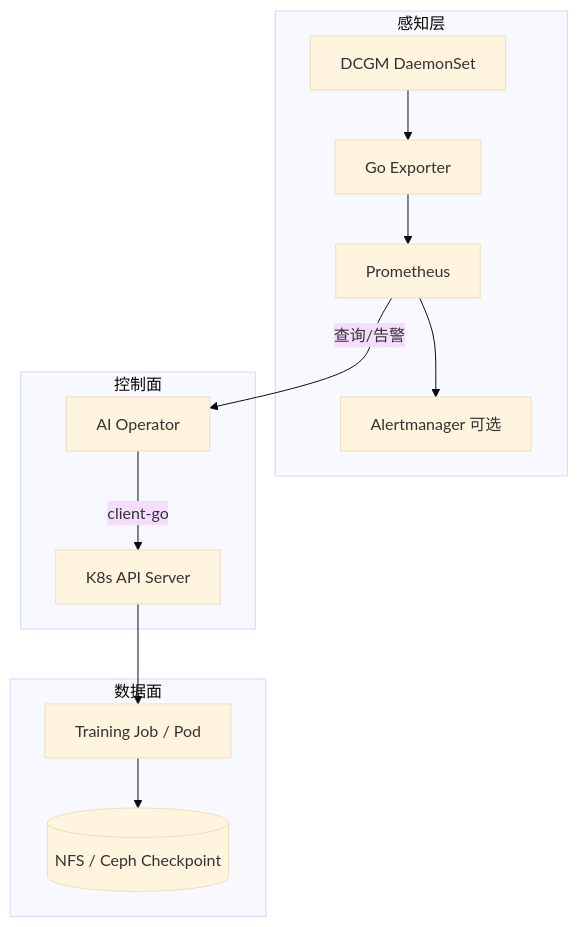
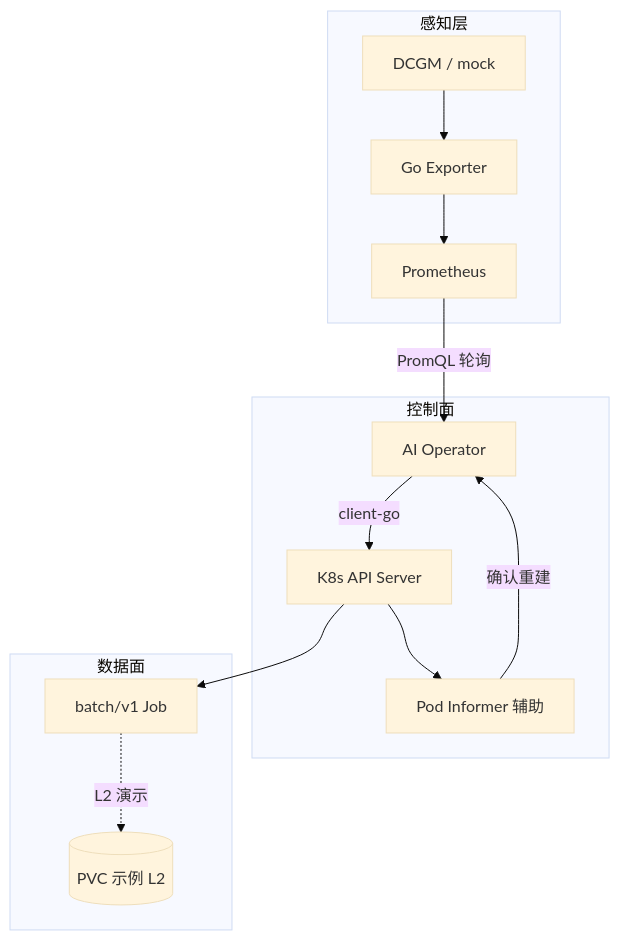
One commit to 22-7-co/AI-k8s-Platform changed the first of 2 diagrams in 项目计划.md. Above: the diagram before and after it, drawn with Mermaid (base theme). The commit also changed other lines of this file and 1 other file, not shown here.

````diff
--- a/项目计划.md
+++ b/项目计划.md
@@ -69,23 +96,25 @@
 ```mermaid
 flowchart TB
   subgraph 感知层
-    DCGM[DCGM DaemonSet]
+    DCGM[DCGM / mock]
     EXP[Go Exporter]
     PROM[Prometheus]
-    AM[Alertmanager 可选]
-    DCGM --> EXP --> PROM --> AM
+    DCGM --> EXP --> PROM
   end
 
   subgraph 控制面
     OP[AI Operator]
-    PROM -->|查询/告警| OP
+    PROM -->|PromQL 轮询| OP
     OP -->|client-go| API[K8s API Server]
+    INF[Pod Informer 辅助]
+    API --> INF
+    INF -->|确认重建| OP
   end
 
   subgraph 数据面
-    JOB[Training Job / Pod]
-    CKPT[(NFS / Ceph Checkpoint)]
+    JOB[batch/v1 Job]
+    CKPT[(PVC 示例 L2)]
     API --> JOB
-    JOB --> CKPT
+    JOB -.->|L2 演示| CKPT
   end
 ```
````
